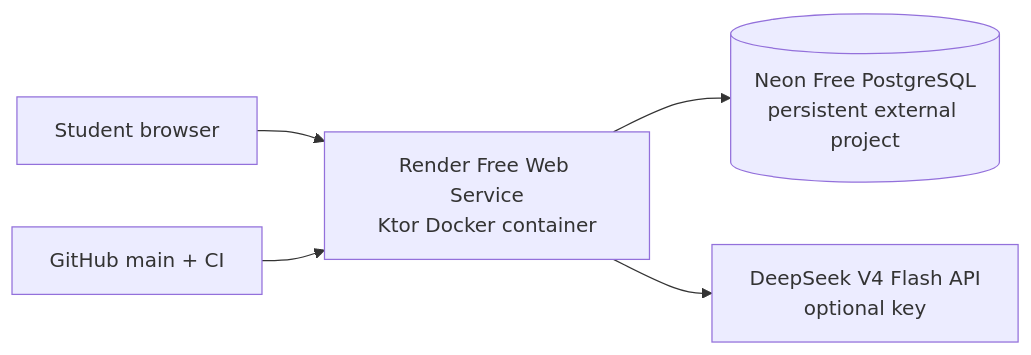
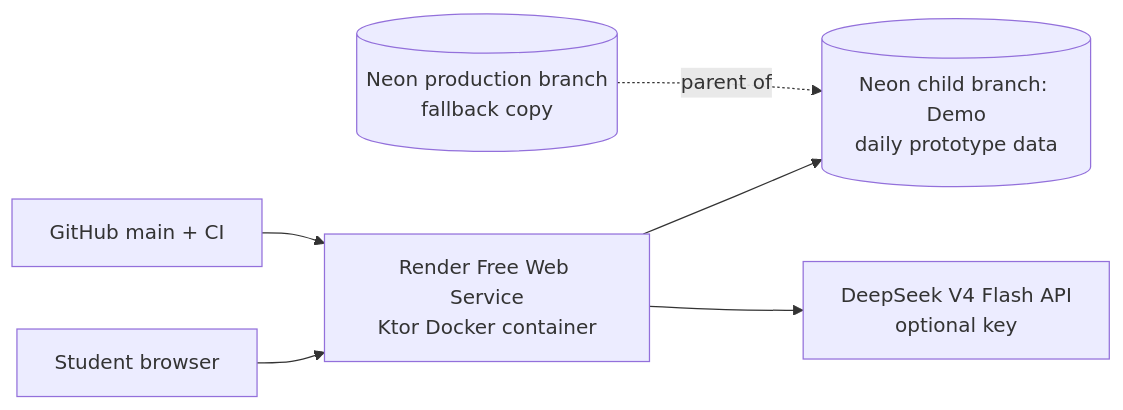
Before and after one commit to User-Experience-Research/User-Experience-Research-Prototype: the diagram in docs/deployment.md, drawn with Mermaid. The commit also changed other lines of this file and 1 other file, not shown here.

Commit message:
docs: document Neon child branch deployment

````diff
--- a/docs/deployment.md
+++ b/docs/deployment.md
@@ -7,7 +7,9 @@
 ```mermaid
 flowchart LR
     Browser["Student browser"] --> Render["Render Free Web Service<br/>Ktor Docker container"]
-    Render --> Neon[("Neon Free PostgreSQL<br/>persistent external project")]
+    Render --> Demo[("Neon child branch: Demo<br/>daily prototype data")]
+    Production[("Neon production branch<br/>fallback copy")]
+    Production -. parent of .-> Demo
     Render --> DeepSeek["DeepSeek V4 Flash API<br/>optional key"]
     GitHub["GitHub main + CI"] --> Render
 ```
````
